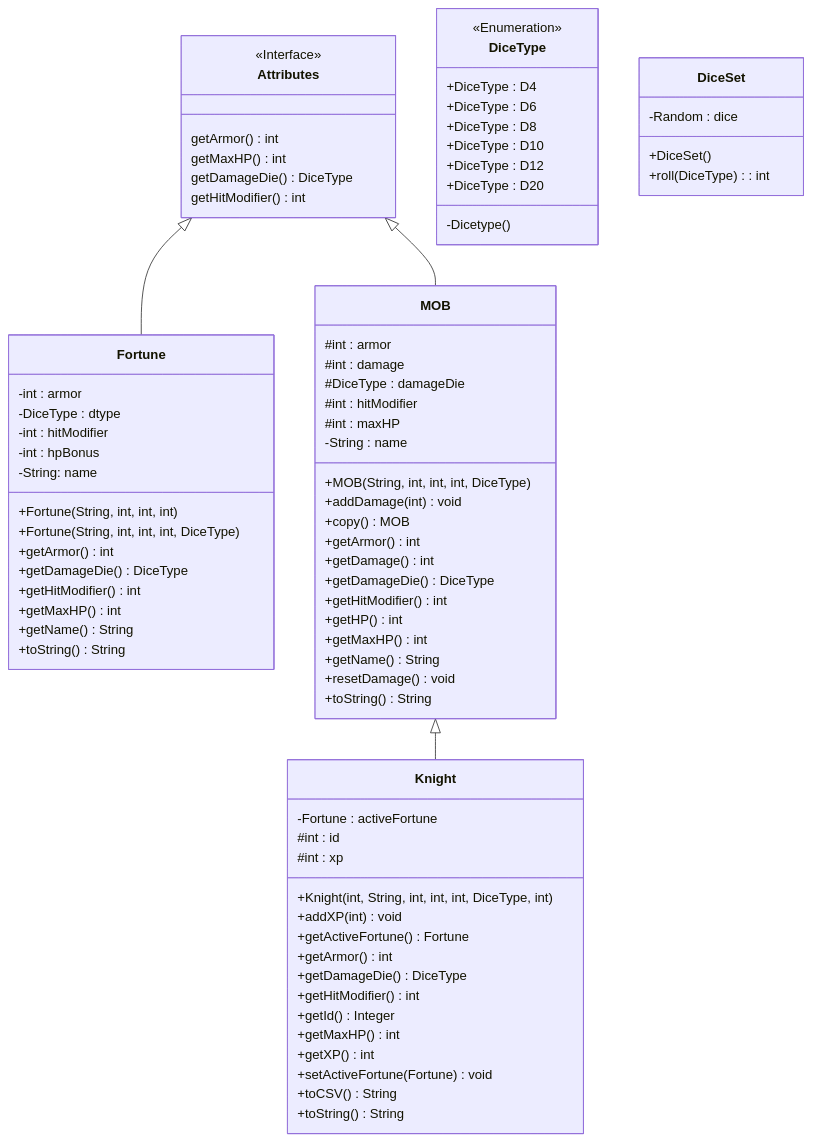
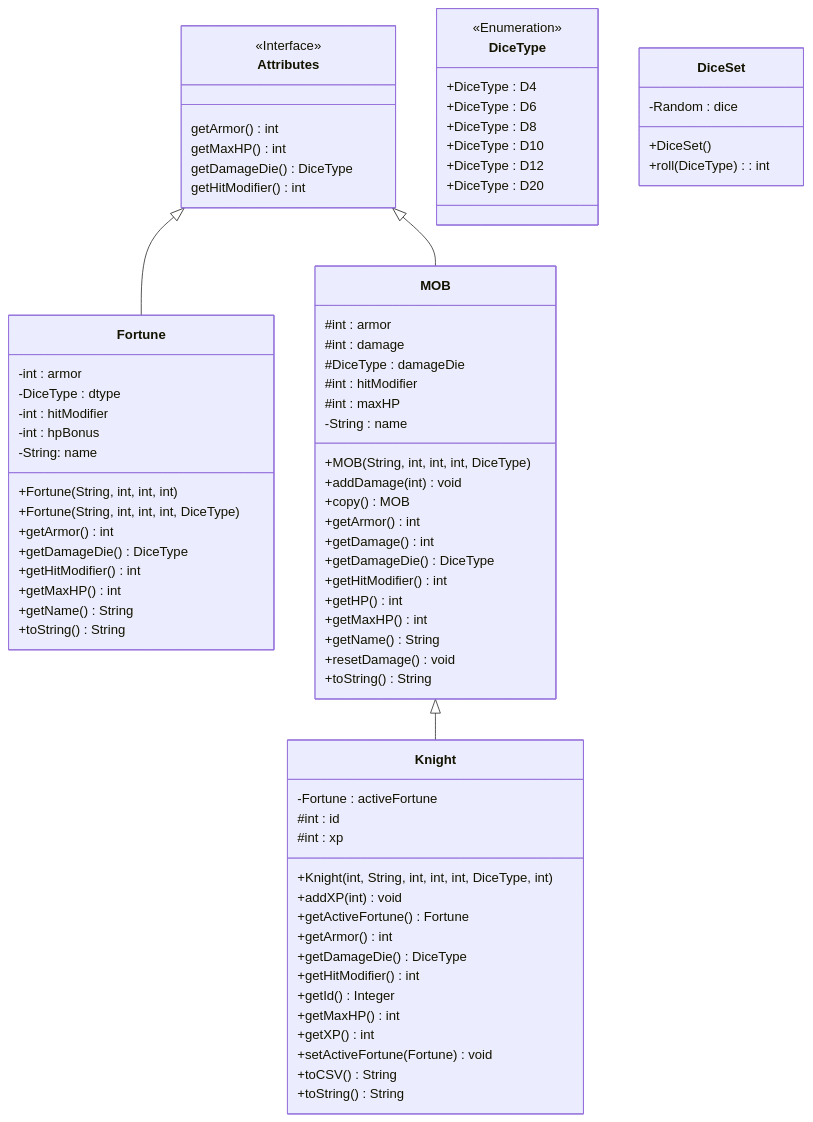
One commit to CSU-CompSci-CS163-4/PracticalOptionKnightFight changed the first of 3 diagrams in uml.md. Above: the diagram before and after it, drawn with Mermaid. The commit also changed other lines of this file, not shown here.

Commit message:
moved controller classes to seperate diagram

````diff
--- a/uml.md
+++ b/uml.md
@@ -3,81 +3,80 @@
 ```mermaid
 classDiagram
 Attributes <|-- Fortune
 Attributes <|-- MOB
 MOB <|-- Knight
 
 class Attributes {
     <<Interface>>
     getArmor() int
     getMaxHP() int
     getDamageDie() DiceType
     getHitModifier() int
 }
 class DiceType{
     <<Enumeration>>
-    -Dicetype()
     +DiceType : D4
     +DiceType : D6
     +DiceType : D8
     +DiceType : D10
     +DiceType : D12
     +DiceType : D20
 }
 class DiceSet{
     -Random : dice
     +DiceSet()
     +roll(DiceType): int
 }
 class Fortune {
     -int : armor
     -DiceType : dtype
     -int : hitModifier
     -int : hpBonus
     -String: name
     +Fortune(String, int, int, int)
     +Fortune(String, int, int, int, DiceType)
     +getArmor() int
     +getDamageDie() DiceType
     +getHitModifier() int
     +getMaxHP() int
     +getName() String
     +toString() String
 }
 class Knight {
     -Fortune : activeFortune
     #int : id
     #int : xp
     +Knight(int, String, int, int, int, DiceType, int)
     +addXP(int) void
     +getActiveFortune() Fortune
     +getArmor() int
     +getDamageDie() DiceType
     +getHitModifier() int
     +getId() Integer
     +getMaxHP() int
     +getXP() int
     +setActiveFortune(Fortune) void
     +toCSV() String
     +toString() String
 }
 class MOB {
     #int : armor
     #int : damage
     #DiceType : damageDie
     #int : hitModifier
     #int : maxHP
     -String : name
     +MOB(String, int, int, int, DiceType)
     +addDamage(int) void
     +copy() MOB
     +getArmor() int
     +getDamage() int
     +getDamageDie() DiceType
     +getHitModifier() int
     +getHP() int
     +getMaxHP() int
     +getName() String
     +resetDamage() void
     +toString() String
 }
 ```
````
